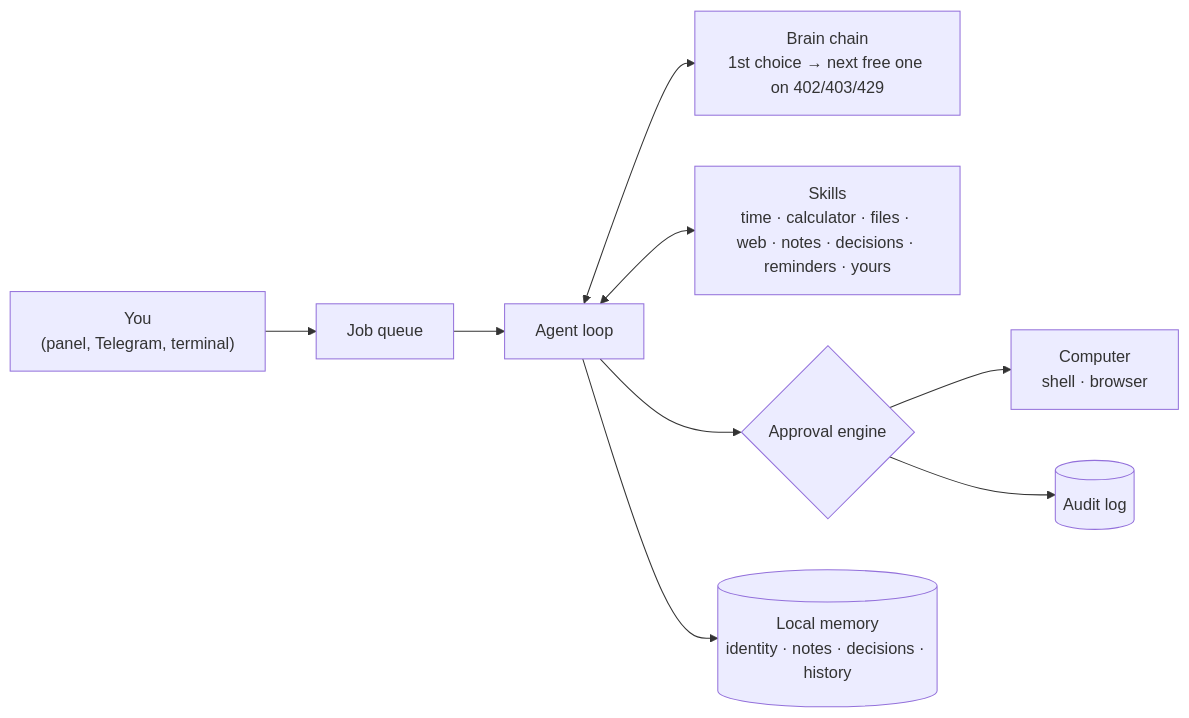
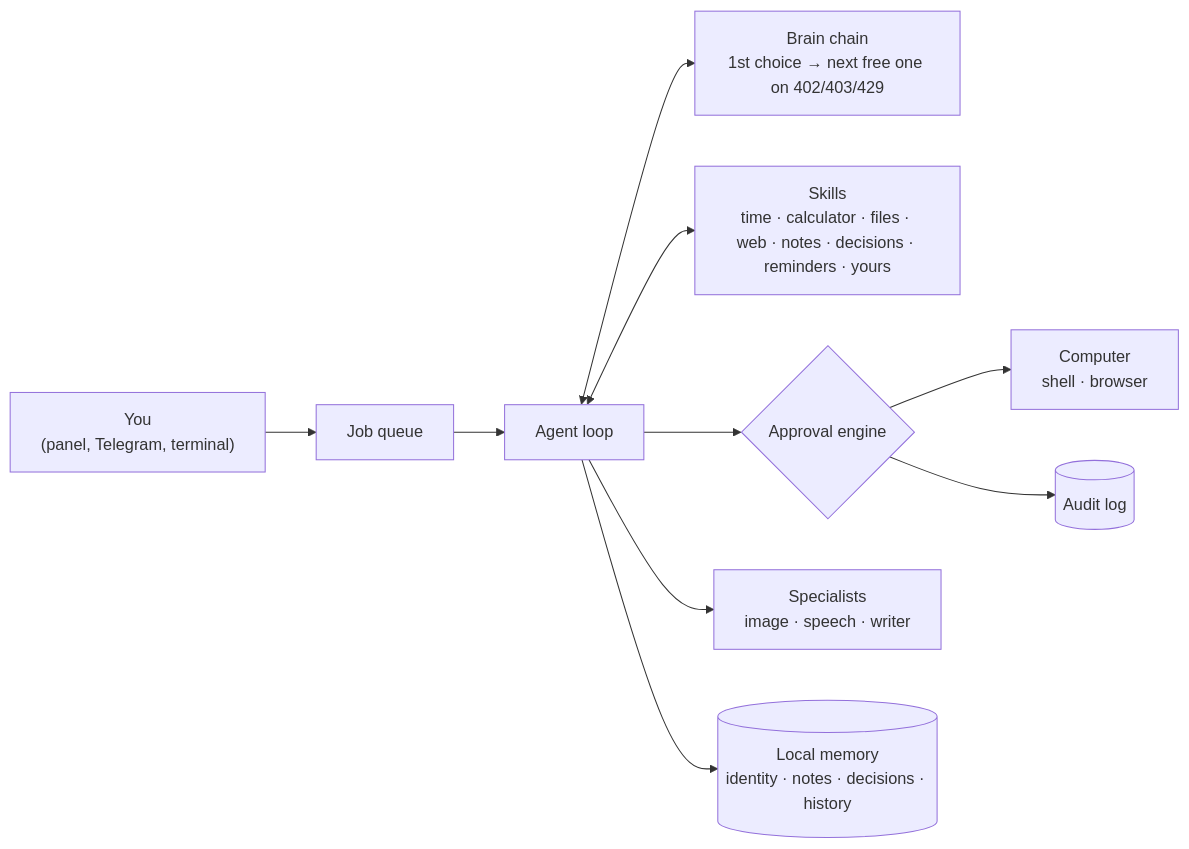
The diagram in README.md (wansJaxell/pocket-agent), drawn with Mermaid before and after one commit. The commit also changed other lines of this file and 18 other files, not shown here.

````diff
--- a/README.md
+++ b/README.md
@@ -22,9 +26,10 @@
 ```mermaid
 flowchart LR
     U["You<br/>(panel, Telegram, terminal)"] --> J[Job queue] --> A[Agent loop]
     A <--> R["Brain chain<br/>1st choice → next free one on 402/403/429"]
     A <--> S["Skills<br/>time · calculator · files · web · notes · decisions · reminders · yours"]
     A --> G{"Approval engine"} --> O["Computer<br/>shell · browser"]
+    A --> X["Specialists<br/>image · speech · writer"]
     A --> M[("Local memory<br/>identity · notes · decisions · history")]
     G --> L[("Audit log")]
 ```
````
